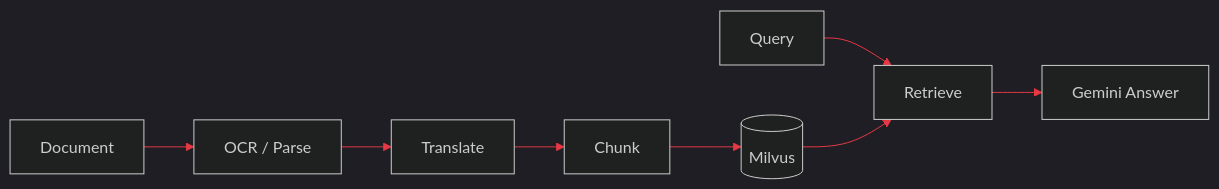
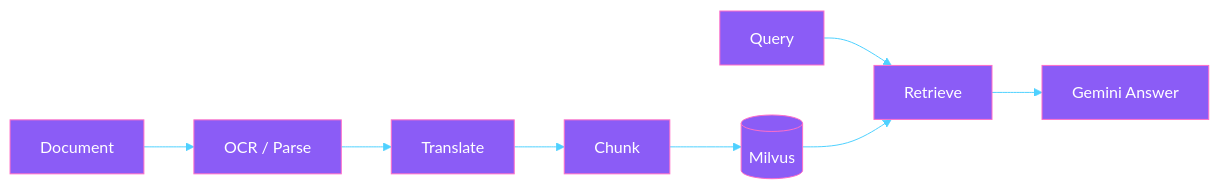
Before and after one commit to ruthcaroliine/ruthcaroliine: the third of 4 diagrams in README.md, drawn with Mermaid. The commit also changed other lines of this file, not shown here.

````diff
--- a/README.md
+++ b/README.md
@@ -79,11 +94,11 @@
 ```mermaid
-%%{init: {'theme':'dark', 'themeVariables': {'primaryColor':'#000000','primaryTextColor':'#ffffff','primaryBorderColor':'#E63946','lineColor':'#E63946','tertiaryColor':'#000000'}}}%%
+%%{init: {'theme':'base', 'themeVariables': {'primaryColor':'#8B5CF6','primaryTextColor':'#ffffff','primaryBorderColor':'#FF6EC7','lineColor':'#4FD1FF','tertiaryColor':'#f3e8ff'}}}%%
 flowchart LR
     A[Document] --> B[OCR / Parse]
     B --> C[Translate]
     C --> D[Chunk]
     D --> E[(Milvus)]
     F[Query] --> G[Retrieve]
     E --> G
     G --> H[Gemini Answer]
 ```
````
